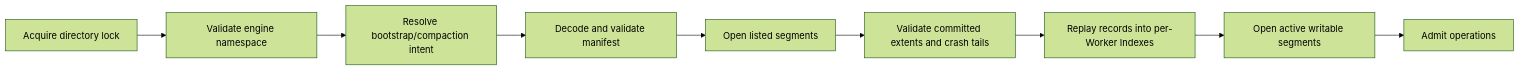
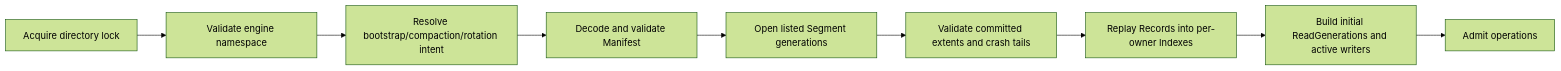
Before and after one commit to gpicchiarelli/GlyphaStore: the fourth of 4 diagrams in docs/spec/architecture.md, drawn with Mermaid (forest theme). The commit also changed other lines of this file and 43 other files, not shown here.

````diff
--- a/docs/spec/architecture.md
+++ b/docs/spec/architecture.md
@@ -141,11 +242,11 @@
 ```mermaid
 flowchart LR
     A["Acquire directory lock"] --> B["Validate engine namespace"]
-    B --> C["Resolve bootstrap/compaction intent"]
-    C --> D["Decode and validate manifest"]
-    D --> E["Open listed segments"]
+    B --> C["Resolve bootstrap/compaction/rotation intent"]
+    C --> D["Decode and validate Manifest"]
+    D --> E["Open listed Segment generations"]
     E --> F["Validate committed extents and crash tails"]
-    F --> G["Replay records into per-Worker Indexes"]
-    G --> H["Open active writable segments"]
+    F --> G["Replay Records into per-owner Indexes"]
+    G --> H["Build initial ReadGenerations and active writers"]
     H --> I["Admit operations"]
 ```
````
